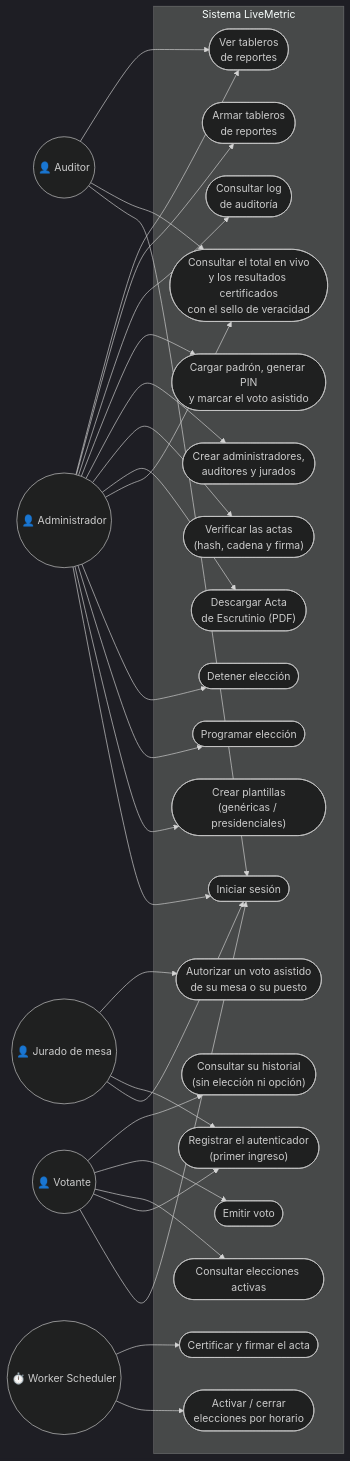
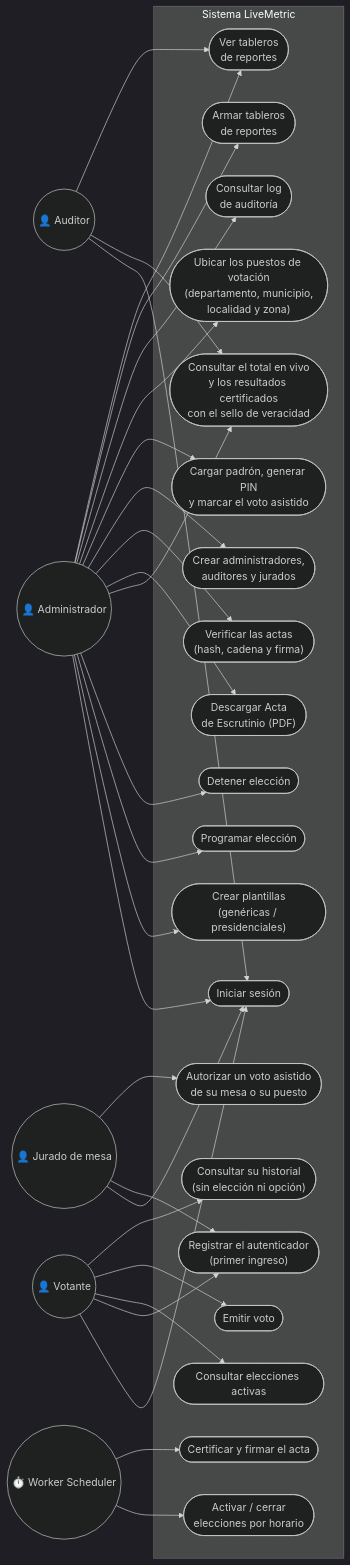
One commit to NicolasPineda1421/LiveMetric changed the fourth of 5 diagrams in docs/manual-arquitectura.md. Above: the diagram before and after it, drawn with Mermaid (dark theme). The commit also changed other lines of this file and 46 other files, not shown here.

First line of the commit message:
Cada puesto de votacion con su ubicacion: pais, departamento, municipio, localidad y zona

````diff
--- a/docs/manual-arquitectura.md
+++ b/docs/manual-arquitectura.md
@@ -258,60 +258,62 @@
 ```mermaid
 graph LR
     Admin(("👤 Administrador"))
     Auditor(("👤 Auditor"))
     Jurado(("👤 Jurado de mesa"))
     Votante(("👤 Votante"))
     Reloj(("⏱️ Worker Scheduler"))
 
     subgraph Sistema["Sistema LiveMetric"]
         UC1(["Iniciar sesión"])
         UC2(["Crear plantillas<br/>(genéricas / presidenciales)"])
         UC3(["Programar elección"])
         UC4(["Detener elección"])
         UC5(["Consultar el total en vivo<br/>y los resultados certificados<br/>con el sello de veracidad"])
         UC6(["Descargar Acta<br/>de Escrutinio (PDF)"])
         UC7(["Verificar las actas<br/>(hash, cadena y firma)"])
         UC8(["Crear administradores,<br/>auditores y jurados"])
         UC9(["Cargar padrón, generar PIN<br/>y marcar el voto asistido"])
+        UC20(["Ubicar los puestos de votación<br/>(departamento, municipio,<br/>localidad y zona)"])
         UC10(["Consultar log<br/>de auditoría"])
         UC15(["Armar tableros<br/>de reportes"])
         UC16(["Ver tableros<br/>de reportes"])
         UC11(["Consultar elecciones activas"])
         UC12(["Emitir voto"])
         UC17(["Consultar su historial<br/>(sin elección ni opción)"])
         UC18(["Registrar el autenticador<br/>(primer ingreso)"])
         UC19(["Autorizar un voto asistido<br/>de su mesa o su puesto"])
         UC13(["Activar / cerrar<br/>elecciones por horario"])
         UC14(["Certificar y firmar el acta"])
     end
 
     Admin --> UC1
     Admin --> UC2
     Admin --> UC3
     Admin --> UC4
     Admin --> UC5
     Admin --> UC6
     Admin --> UC7
     Admin --> UC8
     Admin --> UC9
+    Admin --> UC20
     Admin --> UC10
     Admin --> UC15
     Admin --> UC16
 
     Auditor --> UC1
     Auditor --> UC5
     Auditor --> UC16
 
     Jurado --> UC1
     Jurado --> UC18
     Jurado --> UC19
 
     Votante --> UC1
     Votante --> UC18
     Votante --> UC11
     Votante --> UC12
     Votante --> UC17
 
     Reloj --> UC13
     Reloj --> UC14
 ```
````
